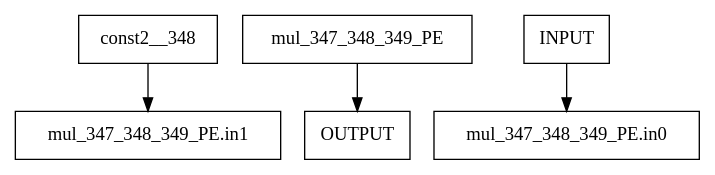
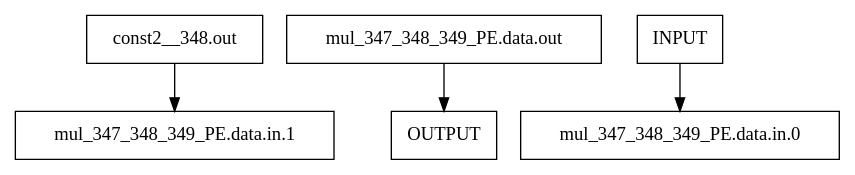
Before and after one commit to akashlevy/CGRAGenerator: the diagram in bitstream/bsbuilder/testdir/examples/pointwise_mapped.dot, drawn with Graphviz. The commit also changed 3 other files, not shown here.

```diff
--- a/bitstream/bsbuilder/testdir/examples/pointwise_mapped.dot
+++ b/bitstream/bsbuilder/testdir/examples/pointwise_mapped.dot
@@ -1,6 +1,6 @@
 digraph Diagram {
   node [shape=box]; # Comment
-    "const2__348" -> "mul_347_348_349_PE.in1";
-    "mul_347_348_349_PE" -> "OUTPUT";
-    "INPUT" -> "mul_347_348_349_PE.in0";
+    "const2__348.out" -> "mul_347_348_349_PE.data.in.1";
+    "mul_347_348_349_PE.data.out" -> "OUTPUT";
+    "INPUT" -> "mul_347_348_349_PE.data.in.0";
 }
```
